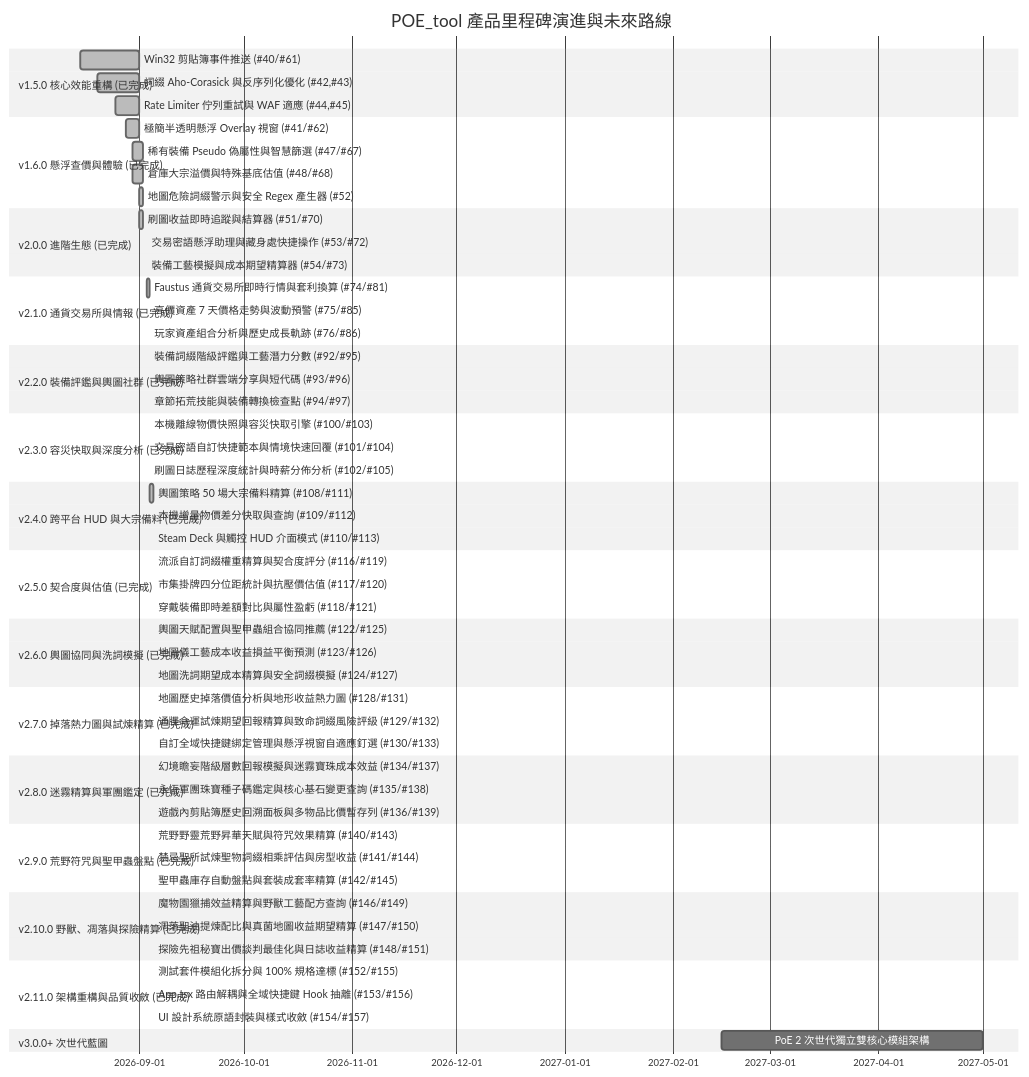
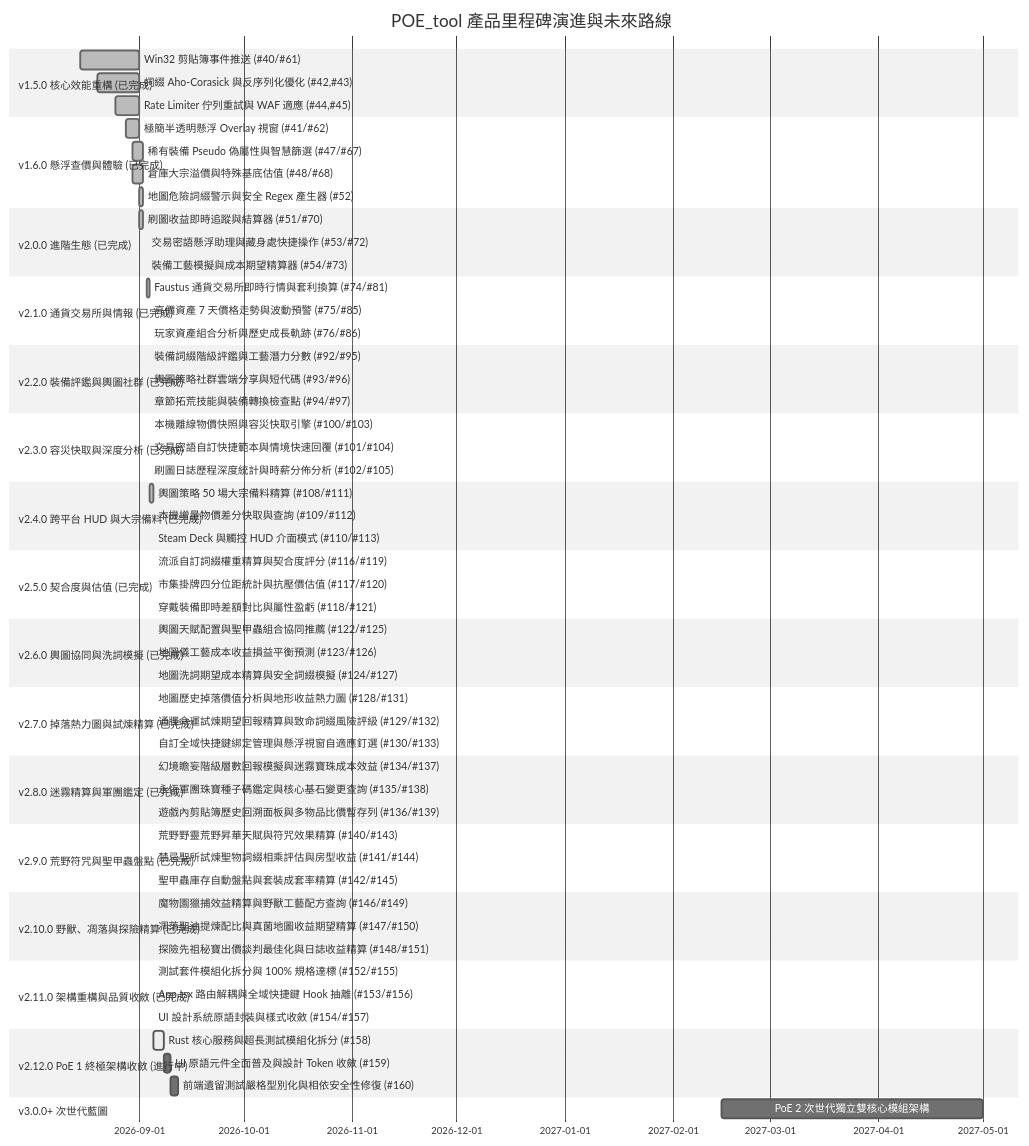
Before and after one commit to saijo0404/POE-tool: the diagram in ROADMAP.md, drawn with Mermaid (neutral theme). The commit also changed other lines of this file, not shown here.

Commit message:
docs(roadmap): add milestone 15 (v2.12.0) for PoE 1 final convergence

````diff
--- a/ROADMAP.md
+++ b/ROADMAP.md
@@ -65,64 +67,68 @@
 ```mermaid
 gantt
     title POE_tool 產品里程碑演進與未來路線
     dateFormat  YYYY-MM-DD
     section v1.5.0 核心效能重構 (已完成)
     Win32 剪貼簿事件推送 (#40/#61)           :done,    m1_1, 2026-08-15, 2026-09-01
     詞綴 Aho-Corasick 與反序列化優化 (#42,#43) :done,    m1_2, 2026-08-20, 2026-09-01
     Rate Limiter 佇列重試與 WAF 適應 (#44,#45)  :done,    m1_3, 2026-08-25, 2026-09-01
     section v1.6.0 懸浮查價與體驗 (已完成)
     極簡半透明懸浮 Overlay 視窗 (#41/#62)     :done,    m2_1, 2026-08-28, 2026-09-01
     稀有裝備 Pseudo 偽屬性與智慧篩選 (#47/#67) :done,    m2_2, 2026-08-30, 2026-09-02
     倉庫大宗溢價與特殊基底估值 (#48/#68)      :done,    m2_3, 2026-08-30, 2026-09-02
     地圖危險詞綴警示與安全 Regex 產生器 (#52)  :done,    m2_4, 2026-09-01, 2026-09-02
     section v2.0.0 進階生態 (已完成)
     刷圖收益即時追蹤與結算器 (#51/#70)        :done,    m3_1, 2026-09-01, 2026-09-02
     交易密語懸浮助理與藏身處快捷操作 (#53/#72) :done,    m3_2, 2026-09-03, 2026-09-03
     裝備工藝模擬與成本期望精算器 (#54/#73)     :done,    m3_3, 2026-09-03, 2026-09-03
     section v2.1.0 通貨交易所與情報 (已完成)
     Faustus 通貨交易所即時行情與套利換算 (#74/#81) :done,    m4_1, 2026-09-03, 2026-09-04
     高價資產 7 天價格走勢與波動預警 (#75/#85)     :done,    m4_2, 2026-09-04, 2026-09-04
     玩家資產組合分析與歷史成長軌跡 (#76/#86)       :done,    m4_3, 2026-09-04, 2026-09-04
     section v2.2.0 裝備評鑑與輿圖社群 (已完成)
     裝備詞綴階級評鑑與工藝潛力分數 (#92/#95)     :done,    m5_1, 2026-09-04, 2026-09-04
     輿圖策略社群雲端分享與短代碼 (#93/#96)       :done,    m5_2, 2026-09-04, 2026-09-04
     章節拓荒技能與裝備轉換檢查點 (#94/#97)       :done,    m5_3, 2026-09-04, 2026-09-04
     section v2.3.0 容災快取與深度分析 (已完成)
     本機離線物價快照與容災快取引擎 (#100/#103)    :done,    m6_1, 2026-09-04, 2026-09-04
     交易密語自訂快捷範本與情境快速回覆 (#101/#104) :done,    m6_2, 2026-09-04, 2026-09-04
     刷圖日誌歷程深度統計與時薪分佈分析 (#102/#105) :done,    m6_3, 2026-09-04, 2026-09-04
     section v2.4.0 跨平台 HUD 與大宗備料 (已完成)
     輿圖策略 50 場大宗備料精算 (#108/#111)       :done,    m7_1, 2026-09-04, 2026-09-05
     本機增量物價差分快取與查詢 (#109/#112)       :done,    m7_2, 2026-09-05, 2026-09-05
     Steam Deck 與觸控 HUD 介面模式 (#110/#113)  :done,    m7_3, 2026-09-05, 2026-09-05
     section v2.5.0 契合度與估值 (已完成)
     流派自訂詞綴權重精算與契合度評分 (#116/#119)  :done,    m8_1, 2026-09-05, 2026-09-05
     市集掛牌四分位距統計與抗壓價估值 (#117/#120)  :done,    m8_2, 2026-09-05, 2026-09-05
     穿戴裝備即時差額對比與屬性盈虧 (#118/#121)    :done,    m8_3, 2026-09-05, 2026-09-05
     section v2.6.0 輿圖協同與洗詞模擬 (已完成)
     輿圖天賦配置與聖甲蟲組合協同推薦 (#122/#125)    :done,    m9_1, 2026-09-05, 2026-09-05
     地圖儀工藝成本收益損益平衡預測 (#123/#126)    :done,    m9_2, 2026-09-05, 2026-09-05
     地圖洗詞期望成本精算與安全詞綴模擬 (#124/#127)  :done,    m9_3, 2026-09-05, 2026-09-05
     section v2.7.0 掉落熱力圖與試煉精算 (已完成)
     地圖歷史掉落價值分析與地形收益熱力圖 (#128/#131)      :done,    m10_1, 2026-09-05, 2026-09-05
     通牒命運試煉期望回報精算與致命詞綴風險評級 (#129/#132) :done,    m10_2, 2026-09-05, 2026-09-05
     自訂全域快捷鍵綁定管理與懸浮視窗自適應釘選 (#130/#133) :done,    m10_3, 2026-09-05, 2026-09-05
     section v2.8.0 迷霧精算與軍團鑑定 (已完成)
     幻境瞻妄階級層數回報模擬與迷霧寶珠成本效益 (#134/#137) :done,    m11_1, 2026-09-05, 2026-09-05
     永恆軍團珠寶種子碼鑑定與核心基石變更查詢 (#135/#138)   :done,    m11_2, 2026-09-05, 2026-09-05
     遊戲內剪貼簿歷史回溯面板與多物品比價暫存列 (#136/#139) :done,    m11_3, 2026-09-05, 2026-09-05
     section v2.9.0 荒野符咒與聖甲蟲盤點 (已完成)
     荒野野靈荒野昇華天賦與符咒效果精算 (#140/#143)       :done,    m12_1, 2026-09-05, 2026-09-05
     禁忌聖所試煉聖物詞綴相乘評估與房型收益 (#141/#144)   :done,    m12_2, 2026-09-05, 2026-09-05
     聖甲蟲庫存自動盤點與套裝成套率精算 (#142/#145)       :done,    m12_3, 2026-09-05, 2026-09-05
     section v2.10.0 野獸、凋落與探險精算 (已完成)
     魔物園獵捕效益精算與野獸工藝配方查詢 (#146/#149)       :done,    m13_1, 2026-09-05, 2026-09-05
     凋落聖油提煉配比與真菌地圖收益期望精算 (#147/#150)   :done,    m13_2, 2026-09-05, 2026-09-05
     探險先祖秘寶出價談判最佳化與日誌收益精算 (#148/#151) :done,    m13_3, 2026-09-05, 2026-09-05
     section v2.11.0 架構重構與品質收斂 (已完成)
     測試套件模組化拆分與 100% 規格達標 (#152/#155)   :done,    m14_1, 2026-09-05, 2026-09-05
     App.tsx 路由解耦與全域快捷鍵 Hook 抽離 (#153/#156) :done,    m14_2, 2026-09-05, 2026-09-05
     UI 設計系統原語封裝與樣式收斂 (#154/#157)         :done,    m14_3, 2026-09-05, 2026-09-05
+    section v2.12.0 PoE 1 終極架構收斂 (進行中)
+    Rust 核心服務與超長測試模組化拆分 (#158)        :active,  m15_1, 2026-09-05, 2026-09-08
+    UI 原語元件全面普及與設計 Token 收斂 (#159)       :         m15_2, 2026-09-08, 2026-09-10
+    前端遺留測試嚴格型別化與相依安全性修復 (#160)     :         m15_3, 2026-09-10, 2026-09-12
     section v3.0.0+ 次世代藍圖
-    PoE 2 次世代獨立雙核心模組架構           :         m15_1, 2027-02-15, 2027-05-01
+    PoE 2 次世代獨立雙核心模組架構           :         m16_1, 2027-02-15, 2027-05-01
 ```
````
